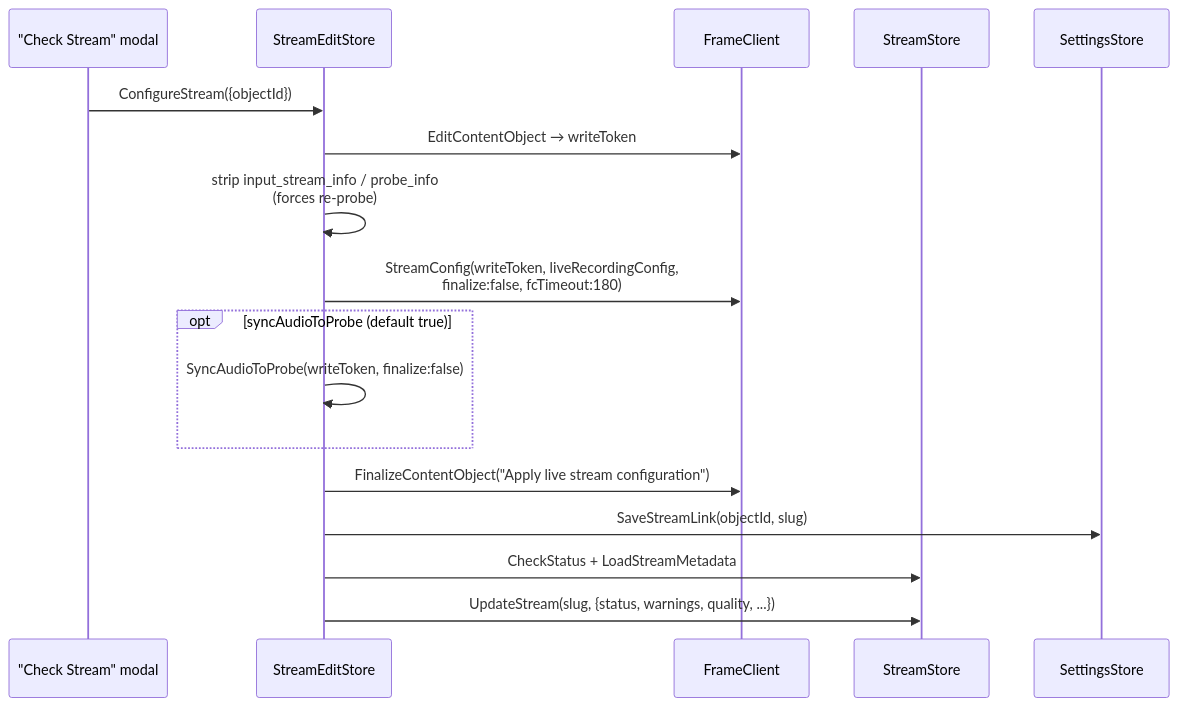
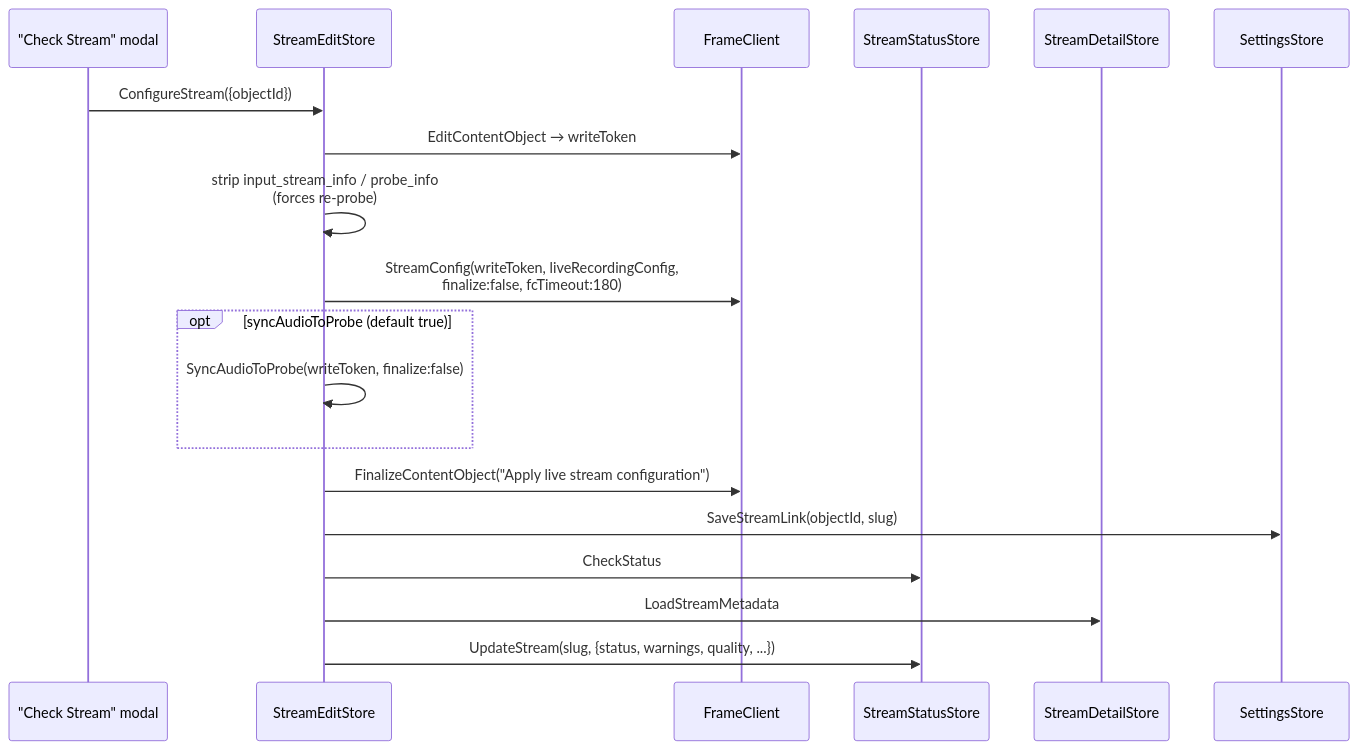
Before and after one commit to eluv-io/elv-live-stream: the second of 4 diagrams in docs/diagrams/stream-lifecycle.md, drawn with Mermaid. The commit also changed other lines of this file and 48 other files, not shown here.

Commit message:
Give stream list single owner ; split StreamStore into StreamStatusStore and StreamDetailStore

````diff
--- a/docs/diagrams/stream-lifecycle.md
+++ b/docs/diagrams/stream-lifecycle.md
@@ -30,20 +31,22 @@
 ```mermaid
 sequenceDiagram
     participant UI as "Check Stream" modal
     participant StreamEditStore
     participant FrameClient
-    participant StreamStore
+    participant StreamStatusStore
+    participant StreamDetailStore
     participant SettingsStore
 
     UI->>StreamEditStore: ConfigureStream({objectId})
     StreamEditStore->>FrameClient: EditContentObject → writeToken
     StreamEditStore->>StreamEditStore: strip input_stream_info / probe_info<br/>(forces re-probe)
     StreamEditStore->>FrameClient: StreamConfig(writeToken, liveRecordingConfig,<br/>finalize:false, fcTimeout:180)
     opt syncAudioToProbe (default true)
         StreamEditStore->>StreamEditStore: SyncAudioToProbe(writeToken, finalize:false)
     end
     StreamEditStore->>FrameClient: FinalizeContentObject("Apply live stream configuration")
     StreamEditStore->>SettingsStore: SaveStreamLink(objectId, slug)
-    StreamEditStore->>StreamStore: CheckStatus + LoadStreamMetadata
-    StreamEditStore->>StreamStore: UpdateStream(slug, {status, warnings, quality, ...})
+    StreamEditStore->>StreamStatusStore: CheckStatus
+    StreamEditStore->>StreamDetailStore: LoadStreamMetadata
+    StreamEditStore->>StreamStatusStore: UpdateStream(slug, {status, warnings, quality, ...})
 ```
````
